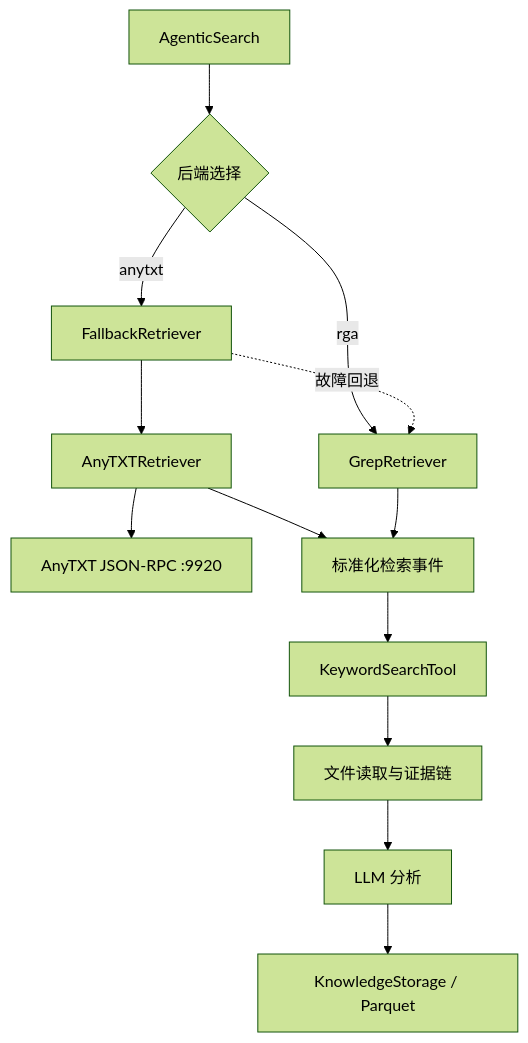
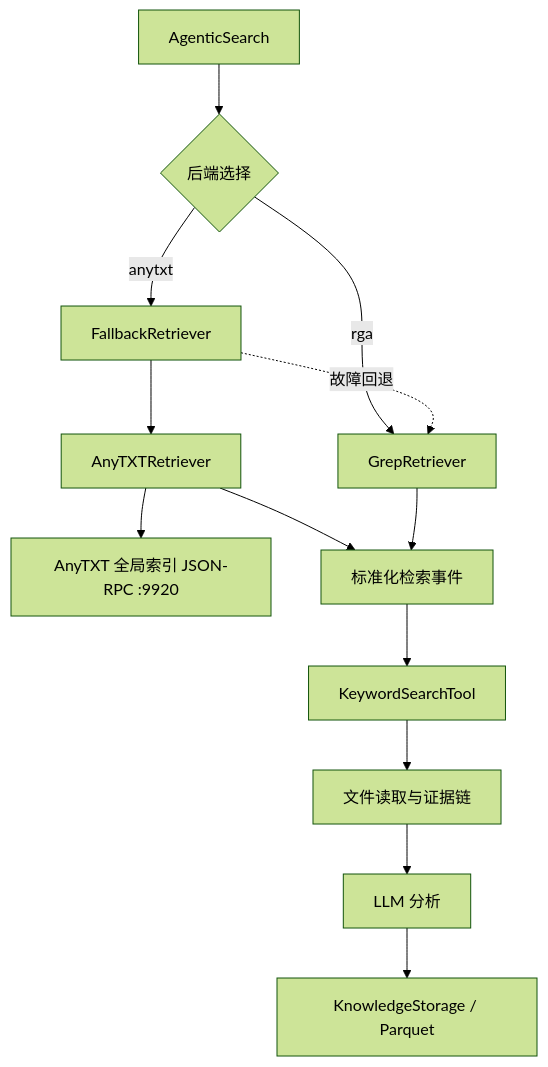
The second of 2 diagrams in docs/architecture.md (SeptYagu/AnySirchmunk), drawn with Mermaid (forest theme) before and after one commit. The commit also changed other lines of this file and 3 other files, not shown here.

Commit message:
docs: record AnyTXT capability findings

````diff
--- a/docs/architecture.md
+++ b/docs/architecture.md
@@ -41,15 +41,15 @@
 ```mermaid
 flowchart TD
     S[AgenticSearch] --> B{后端选择}
     B -->|rga| G[GrepRetriever]
     B -->|anytxt| H[FallbackRetriever]
     H --> A[AnyTXTRetriever]
     H -. 故障回退 .-> G
-    A --> RPC[AnyTXT JSON-RPC :9920]
+    A --> RPC[AnyTXT 全局索引 JSON-RPC :9920]
     A --> N[标准化检索事件]
     G --> N
     N --> T[KeywordSearchTool]
     T --> F[文件读取与证据链]
     F --> L[LLM 分析]
     L --> K[KnowledgeStorage / Parquet]
 ```
````
